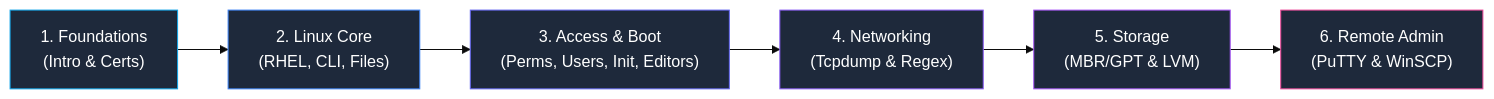
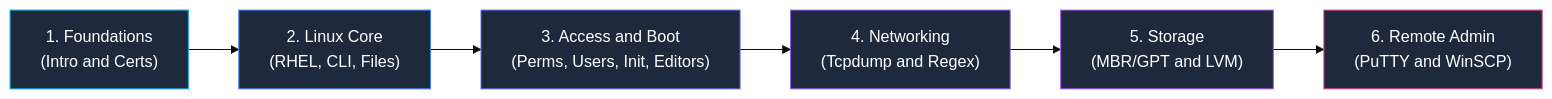
Before and after one commit to Kashif-Mashi/Blue-Team-Handbook: the second of 2 diagrams in System-and-Network-Administrator/README.md, drawn with Mermaid (base theme). The commit also changed other lines of this file and 13 other files, not shown here.

Commit message:
Verification & Fixes: Mermaid Diagrams Across the Repository

````diff
--- a/System-and-Network-Administrator/README.md
+++ b/System-and-Network-Administrator/README.md
@@ -103,15 +103,15 @@
 ```mermaid
 flowchart LR
-    S1["1. Foundations<br/>(Intro & Certs)"] --> S2["2. Linux Core<br/>(RHEL, CLI, Files)"]
-    S2 --> S3["3. Access & Boot<br/>(Perms, Users, Init, Editors)"]
-    S3 --> S4["4. Networking<br/>(Tcpdump & Regex)"]
-    S4 --> S5["5. Storage<br/>(MBR/GPT & LVM)"]
-    S5 --> S6["6. Remote Admin<br/>(PuTTY & WinSCP)"]
+    S1["1. Foundations<br/>(Intro and Certs)"] --> S2["2. Linux Core<br/>(RHEL, CLI, Files)"]
+    S2 --> S3["3. Access and Boot<br/>(Perms, Users, Init, Editors)"]
+    S3 --> S4["4. Networking<br/>(Tcpdump and Regex)"]
+    S4 --> S5["5. Storage<br/>(MBR/GPT and LVM)"]
+    S5 --> S6["6. Remote Admin<br/>(PuTTY and WinSCP)"]
 
     style S1 fill:#1e293b,stroke:#0ea5e9,color:#fff
     style S2 fill:#1e293b,stroke:#3b82f6,color:#fff
     style S3 fill:#1e293b,stroke:#6366f1,color:#fff
     style S4 fill:#1e293b,stroke:#8b5cf6,color:#fff
     style S5 fill:#1e293b,stroke:#a855f7,color:#fff
     style S6 fill:#1e293b,stroke:#ec4899,color:#fff
 ```
````
